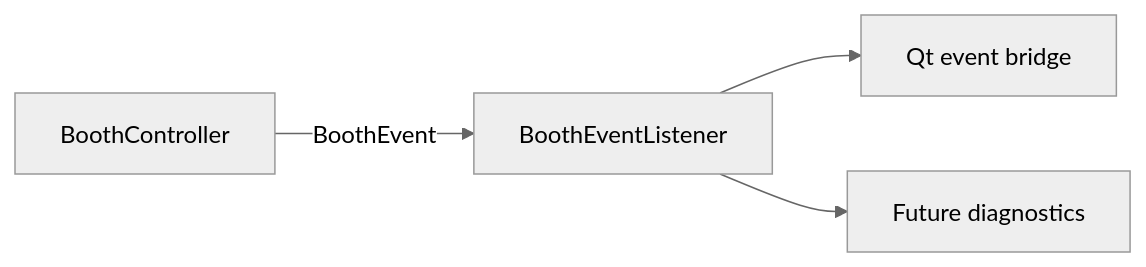
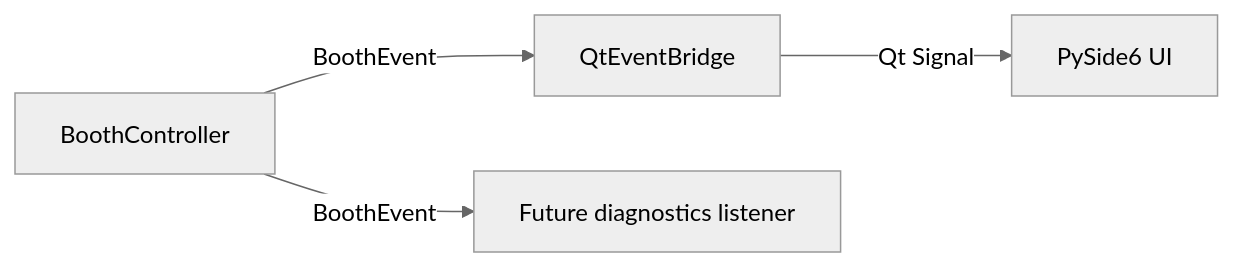
Before and after one commit to djr8nch/piprints: the third of 3 diagrams in docs/architecture/booth-lifecycle.md, drawn with Mermaid (neutral theme). The commit also changed other lines of this file and 10 other files, not shown here.

````diff
--- a/docs/architecture/booth-lifecycle.md
+++ b/docs/architecture/booth-lifecycle.md
@@ -68,6 +68,6 @@
 ```mermaid
 flowchart LR
-    Controller["BoothController"] -->|"BoothEvent"| Listener["BoothEventListener"]
-    Listener --> Ui["Qt event bridge"]
-    Listener --> Diagnostics["Future diagnostics"]
+    Controller["BoothController"] -->|"BoothEvent"| Bridge["QtEventBridge"]
+    Bridge -->|"Qt Signal"| Ui["PySide6 UI"]
+    Controller -->|"BoothEvent"| Diagnostics["Future diagnostics listener"]
 ```
````
